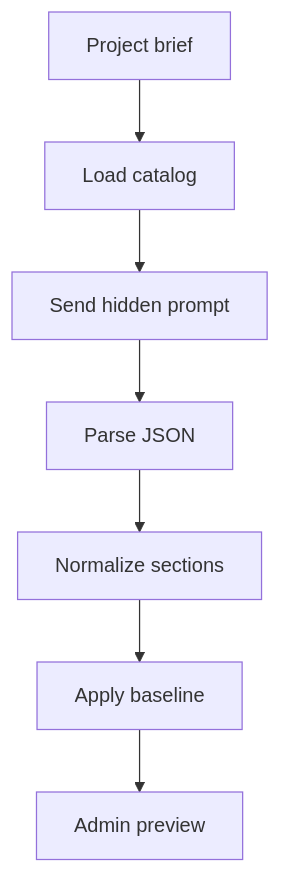
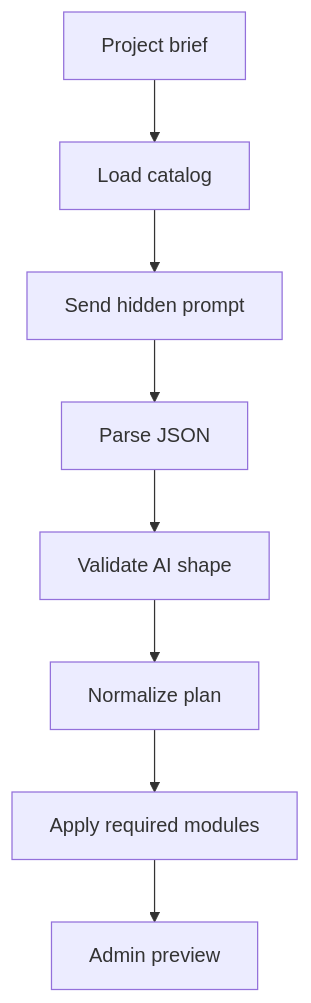
One commit to JohnAndrewBalbarosa/NeoTerritory changed the diagram in docs/Codebase/Backend/src/services/coursePlannerService.ts.md. Above: the diagram before and after it, drawn with Mermaid. The commit also changed other lines of this file and 18 other files, not shown here.

````diff
--- a/docs/Codebase/Backend/src/services/coursePlannerService.ts.md
+++ b/docs/Codebase/Backend/src/services/coursePlannerService.ts.md
@@ -38,16 +42,18 @@
 ```mermaid
 flowchart TD
     Start["Project brief"]
     N0["Load catalog"]
     N1["Send hidden prompt"]
     N2["Parse JSON"]
-    N3["Normalize sections"]
-    N4["Apply baseline"]
+    N3["Validate AI shape"]
+    N4["Normalize plan"]
+    N5["Apply required modules"]
     End["Admin preview"]
     Start --> N0
     N0 --> N1
     N1 --> N2
     N2 --> N3
     N3 --> N4
-    N4 --> End
+    N4 --> N5
+    N5 --> End
 ```
````
